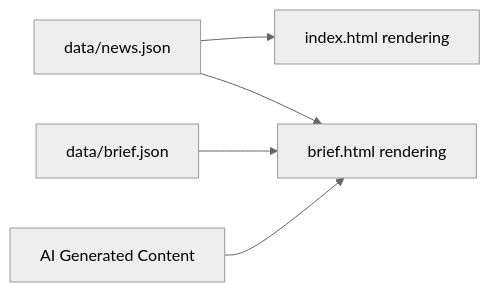
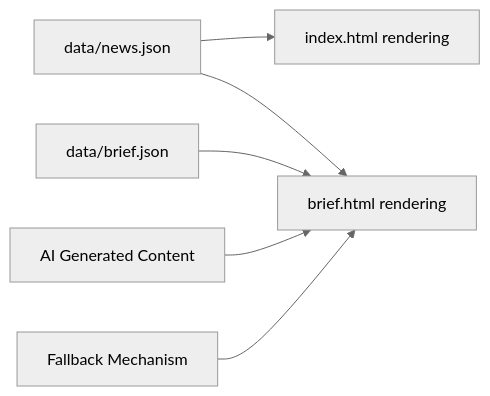
Before and after one commit to junxie01/daily_news: the seventh of 8 diagrams in .qoder/repowiki/en/content/Deployment & Automation.md, drawn with Mermaid (neutral theme). The commit also changed other lines of this file and 4 other files, not shown here.

````diff
--- a/.qoder/repowiki/en/content/Deployment & Automation.md
+++ b/.qoder/repowiki/en/content/Deployment & Automation.md
@@ -302,7 +314,8 @@
 ```mermaid
 graph LR
 A["data/news.json"] --> B["index.html rendering"]
 A --> C["brief.html rendering"]
 D["data/brief.json"] --> C
 E["AI Generated Content"] --> C
+F["Fallback Mechanism"] --> C
 ```
````
